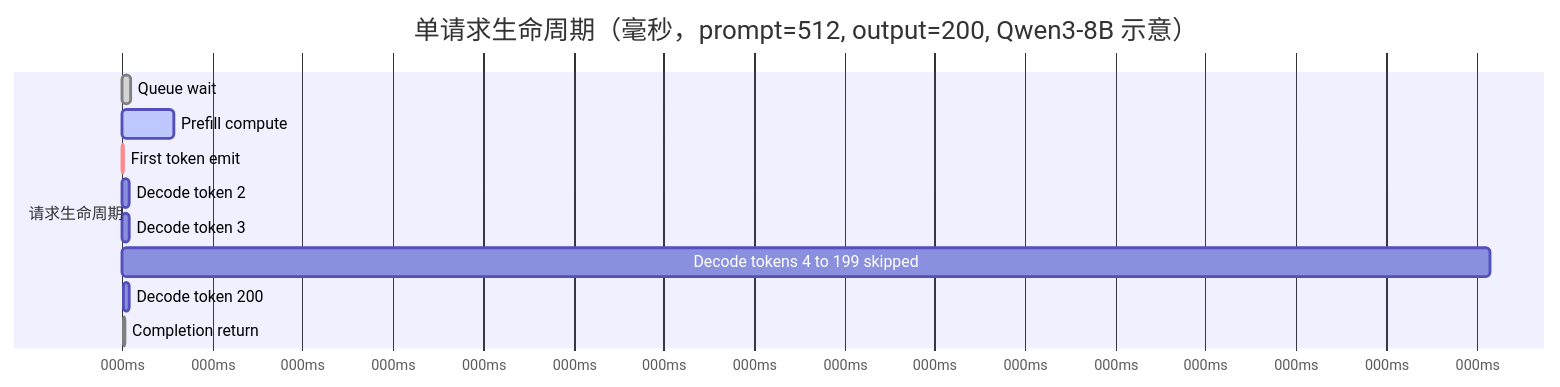
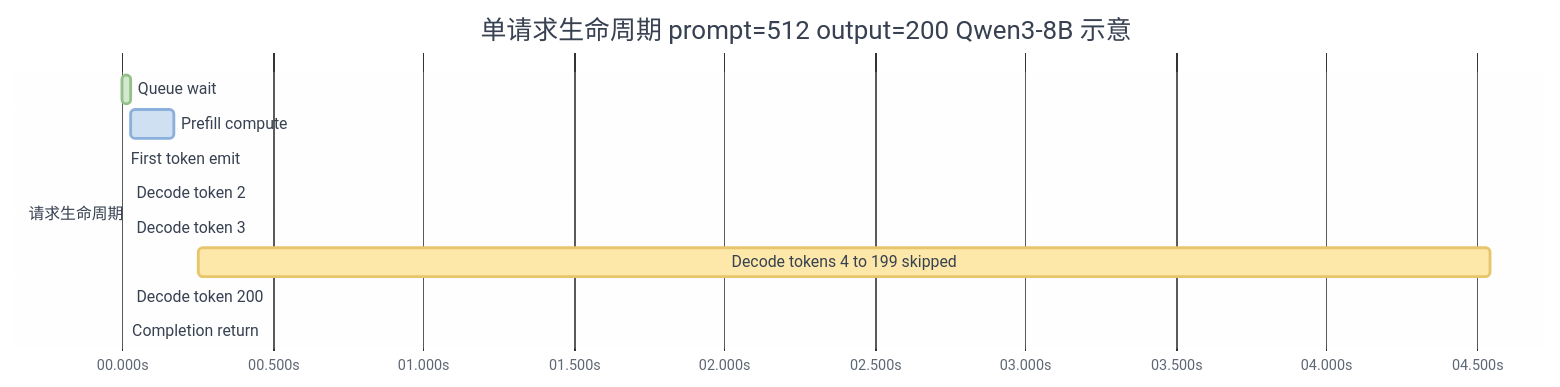
The second of 2 diagrams in posts/2026-05-08-training-inference-efficiency-metrics.md (pengyanai/notebook), drawn with Mermaid before and after one commit. The commit also changed other lines of this file and 1 other file, not shown here.

Commit message:
fix D gantt colors+axis, F replace DeepSpeed logo with ZeRO Figure 1
Post D §三 延迟类 gantt:
  - 加 HF pastel themeVariables init 块 (之前缺导致全灰)
  - dateFormat X → x (秒→毫秒, 解决 %Lms 全 000 bug)
  - axisFormat %Lms → %S.%Ls (显示"秒.毫秒", eg 0.200s / 4.825s)
  - 颜色对应表重写为"指标 vs 视觉位置 vs 图中对应颜色"三列
    (crit 粉=First token emit, done 绿=Queue/Completion, active 蓝=Prefill)

Post F §3.2 分布式训练地基:
  - DeepSpeed logo → ZeRO 论文 Figure 1 (ar5iv x1.png)
  - 图注补充 Baseline→P_os→P_os+g→P_os+g+p 四档分区 + 7.5B 模型 120GB→1.9GB

````diff
--- a/posts/2026-05-08-training-inference-efficiency-metrics.md
+++ b/posts/2026-05-08-training-inference-efficiency-metrics.md
@@ -145,16 +145,40 @@
 ```mermaid
+%%{init: {
+  "theme": "base",
+  "themeVariables": {
+    "fontFamily": "-apple-system, Source Sans Pro, sans-serif",
+    "primaryTextColor": "#374151",
+    "textColor": "#374151",
+    "titleColor": "#374151",
+    "lineColor": "#9CA3AF",
+    "sectionBkgColor": "#FAFAF7",
+    "altSectionBkgColor": "#F3F4F0",
+    "gridColor": "#E5E7EB",
+    "taskBkgColor": "#FDE8A9",
+    "taskBorderColor": "#E7C56D",
+    "taskTextColor": "#374151",
+    "taskTextOutsideColor": "#374151",
+    "taskTextLightColor": "#374151",
+    "activeTaskBkgColor": "#CFE0F3",
+    "activeTaskBorderColor": "#8AB0DB",
+    "doneTaskBkgColor": "#D4E8CF",
+    "doneTaskBorderColor": "#94C18A",
+    "critBkgColor": "#F6CED0",
+    "critBorderColor": "#D98F92"
+  }
+}}%%
 gantt
-    title 单请求生命周期（毫秒，prompt=512, output=200, Qwen3-8B 示意）
-    dateFormat X
-    axisFormat %Lms
+    title 单请求生命周期 prompt=512 output=200 Qwen3-8B 示意
+    dateFormat x
+    axisFormat %S.%Ls
 
     section 请求生命周期
-    Queue wait            :done,    q,   0, 30
-    Prefill compute       :active,  pf,  30, 170
-    First token emit      :crit,    ft,  200, 5
-    Decode token 2        :         d2,  205, 25
-    Decode token 3        :         d3,  230, 25
-    Decode tokens 4 to 199 skipped :       d4,  255, 4545
-    Decode token 200      :         dn,  4800, 25
-    Completion return     :done,    cp,  4825, 10
+    Queue wait                       :done,   q,  0,  30
+    Prefill compute                  :active, pf, 30, 170
+    First token emit                 :crit,   ft, 200, 5
+    Decode token 2                   :        d2, 205, 25
+    Decode token 3                   :        d3, 230, 25
+    Decode tokens 4 to 199 skipped   :        d4, 255, 4545
+    Decode token 200                 :        dn, 4800, 25
+    Completion return                :done,   cp, 4825, 10
 ```
````
